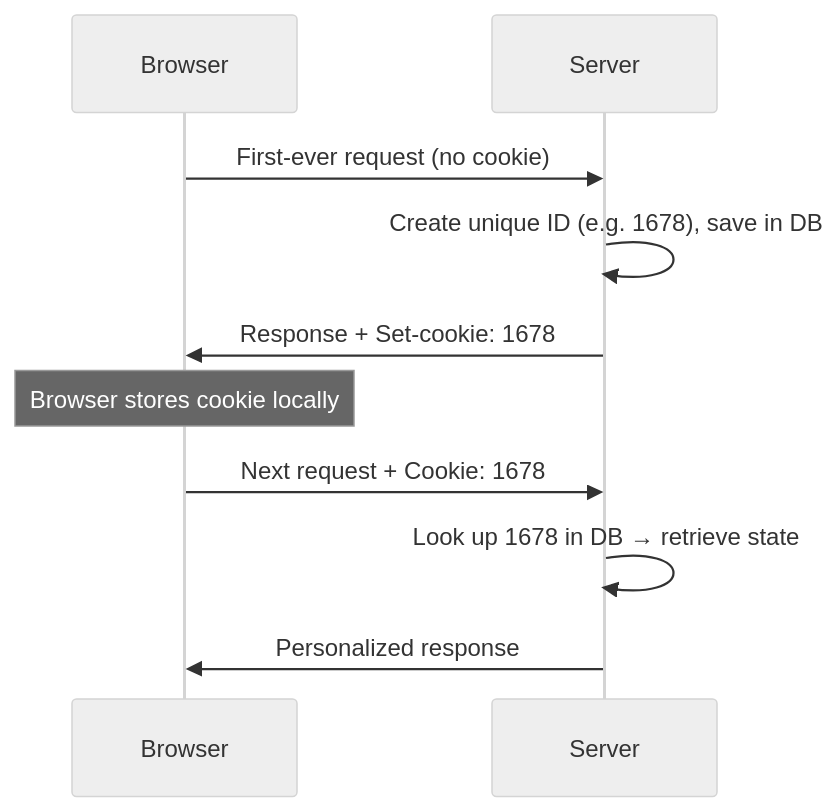
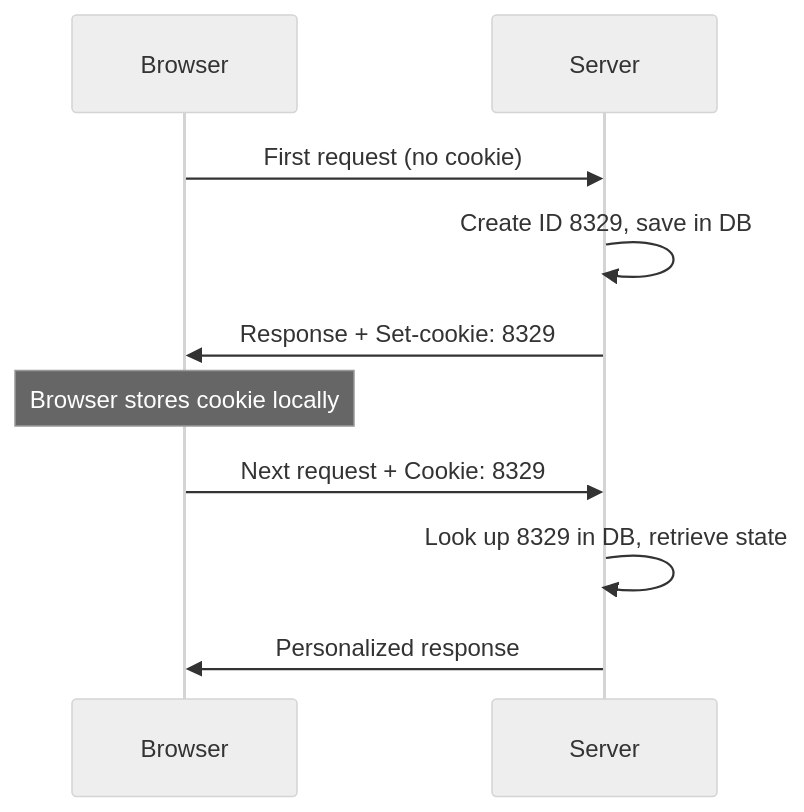
Before and after one commit to neerajaj96/Tarangam-app-v2: the fifth of 5 diagrams in content/PCCST501/m1_04_world_wide_web_and_http.md, drawn with Mermaid (neutral theme). The commit also changed other lines of this file and 3 other files, not shown here.

````diff
--- a/content/PCCST501/m1_04_world_wide_web_and_http.md
+++ b/content/PCCST501/m1_04_world_wide_web_and_http.md
@@ -155,12 +258,12 @@
 ```mermaid
 sequenceDiagram
     participant Br as Browser
     participant Sv as Server
-    Br->>Sv: First-ever request (no cookie)
-    Sv->>Sv: Create unique ID (e.g. 1678), save in DB
-    Sv->>Br: Response + Set-cookie: 1678
+    Br->>Sv: First request (no cookie)
+    Sv->>Sv: Create ID 8329, save in DB
+    Sv->>Br: Response + Set-cookie: 8329
     Note over Br: Browser stores cookie locally
-    Br->>Sv: Next request + Cookie: 1678
-    Sv->>Sv: Look up 1678 in DB → retrieve state
+    Br->>Sv: Next request + Cookie: 8329
+    Sv->>Sv: Look up 8329 in DB, retrieve state
     Sv->>Br: Personalized response
 ```
````
